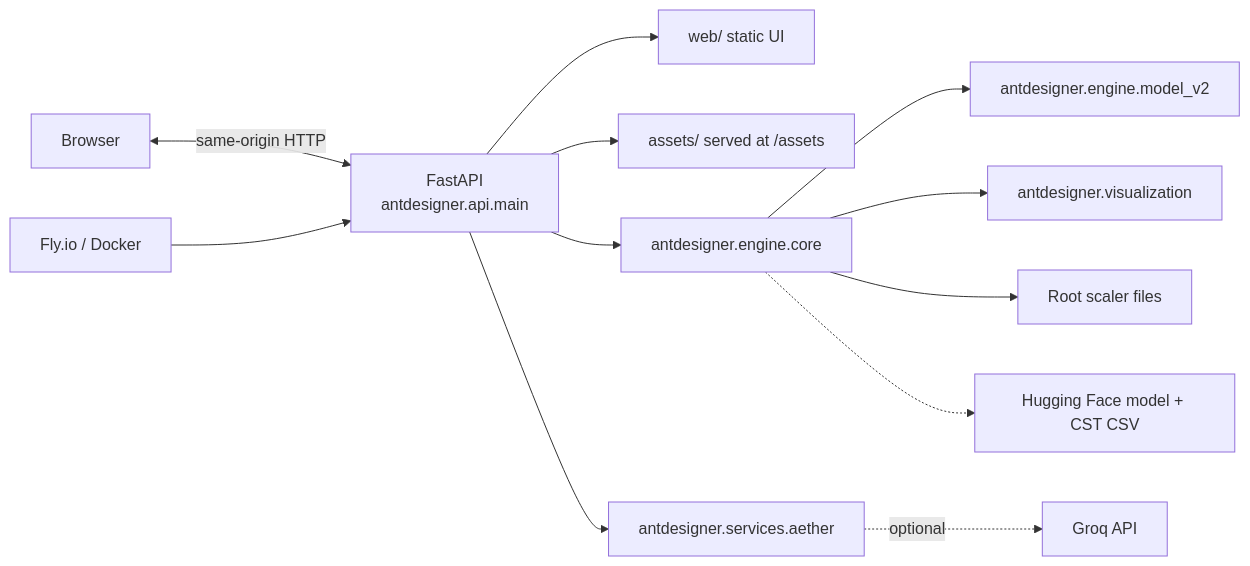
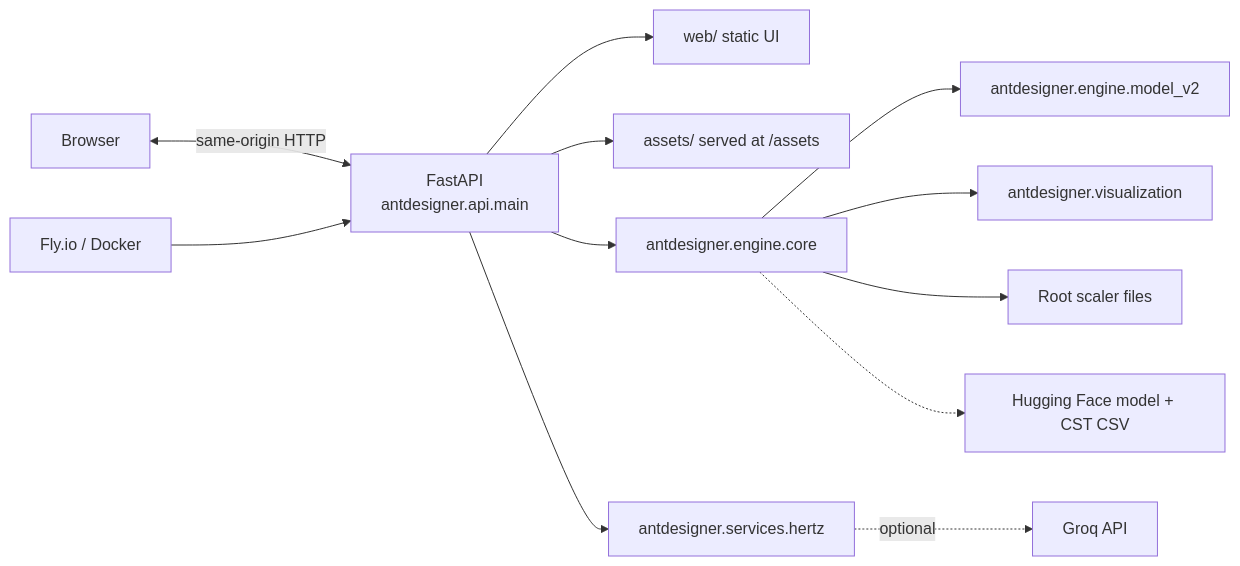
The diagram in docs/architecture.md (kara-nawzad/AntDesigner), drawn with Mermaid before and after one commit. The commit also changed other lines of this file and 8 other files, not shown here.

Commit message:
Rename AETHER assistant to Hertz and fix assistant identity

````diff
--- a/docs/architecture.md
+++ b/docs/architecture.md
@@ -5,14 +5,14 @@
 ```mermaid
 flowchart LR
     Browser[Browser] <-->|same-origin HTTP| API["FastAPI<br/>antdesigner.api.main"]
     API --> Web["web/ static UI"]
     API --> Images["assets/ served at /assets"]
     API --> Core["antdesigner.engine.core"]
     Core --> V2["antdesigner.engine.model_v2"]
     Core --> Viz["antdesigner.visualization"]
     Core --> Scalers["Root scaler files"]
     Core -.-> HF["Hugging Face model + CST CSV"]
-    API --> Aether["antdesigner.services.aether"]
-    Aether -. optional .-> Groq["Groq API"]
+    API --> Hertz["antdesigner.services.hertz"]
+    Hertz -. optional .-> Groq["Groq API"]
     Fly["Fly.io / Docker"] --> API
 ```
````
